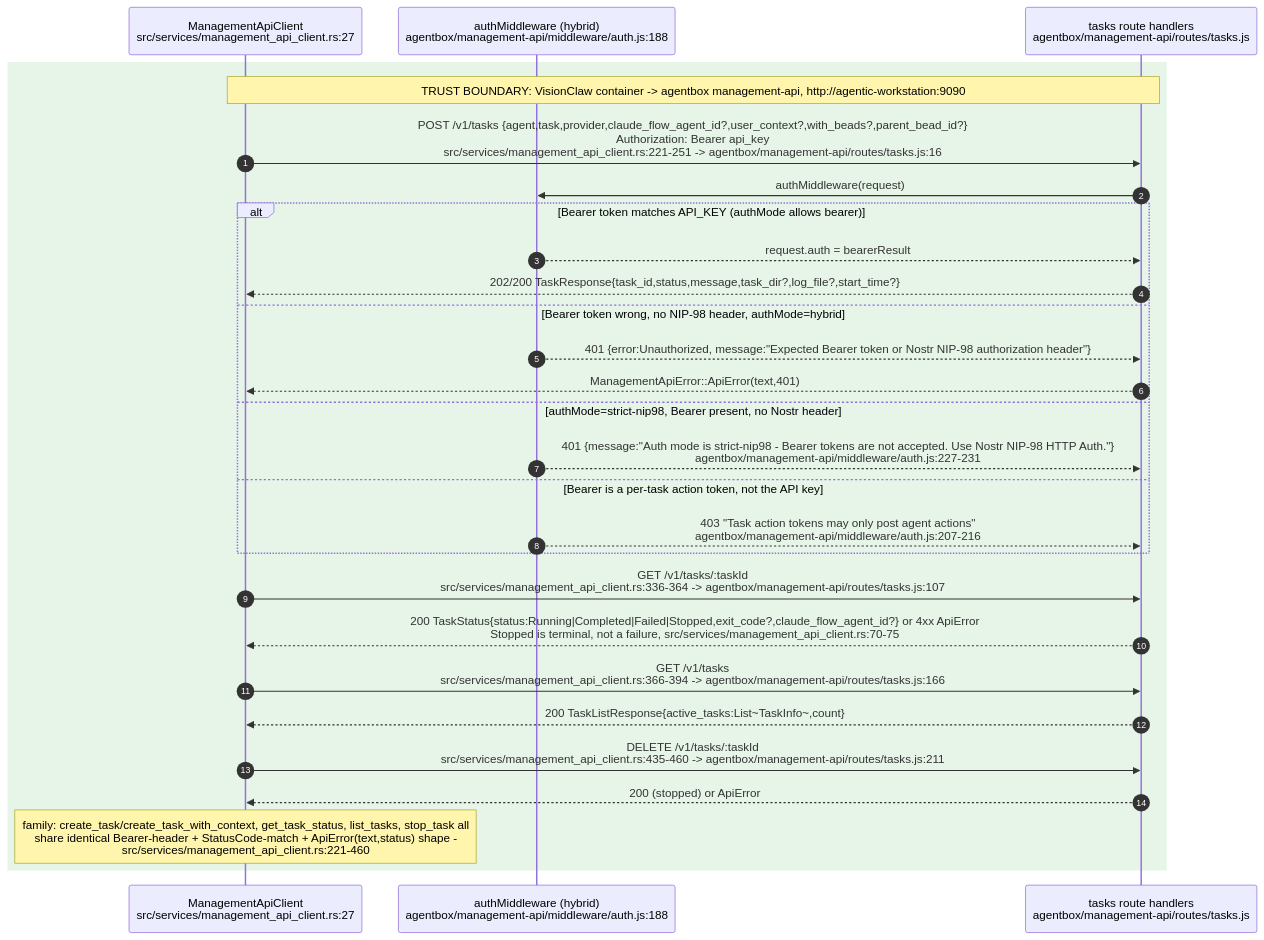
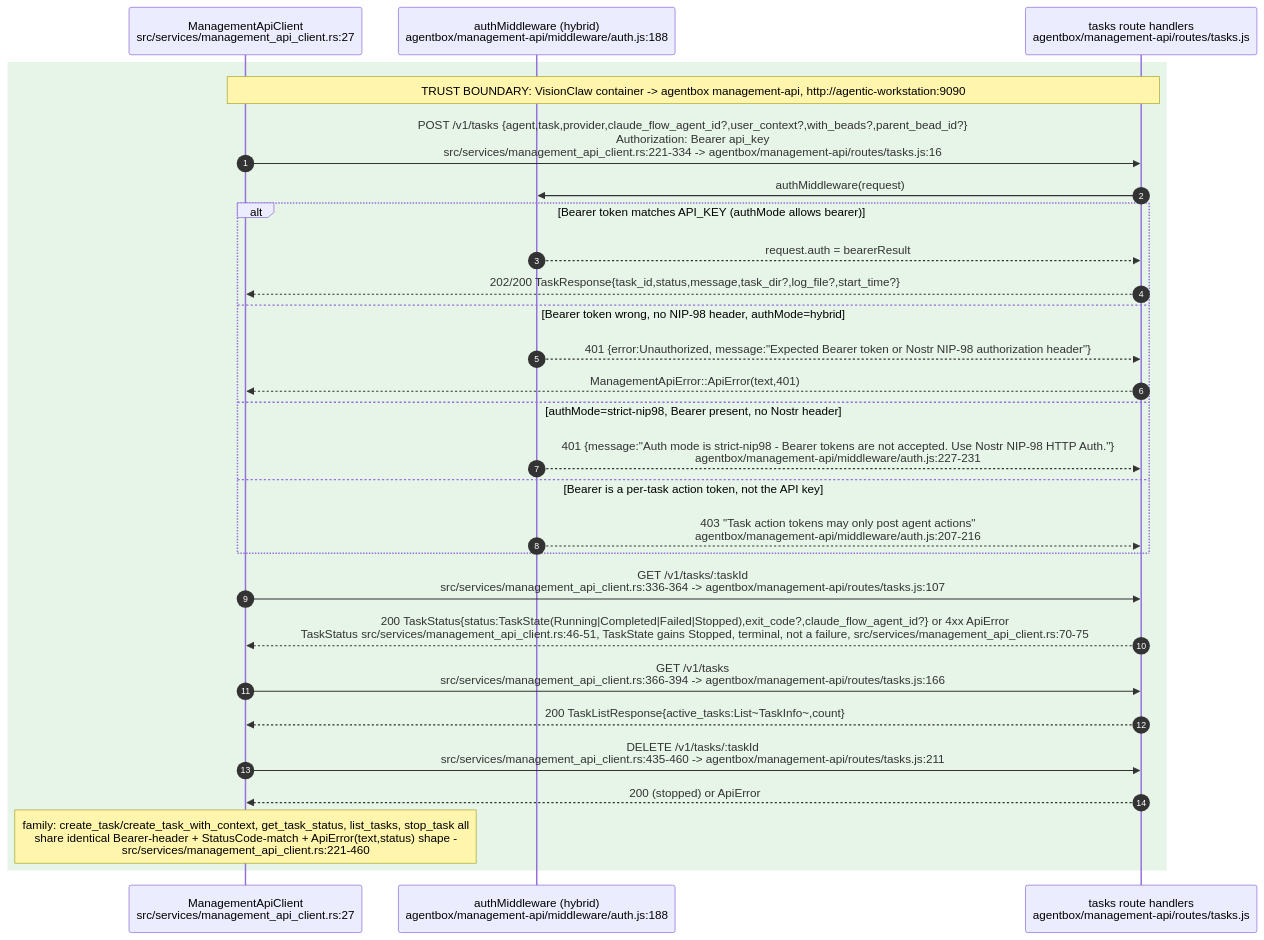
One commit to DreamLab-AI/VisionFlow changed the tenth of 12 diagrams in docs/diagrams/estate/02-agent-events-agentbox-to-visionclaw.md. Above: the diagram before and after it, drawn with Mermaid. The commit also changed 1 other file, not shown here.

Commit message:
diagrams(estate): fix three skeptic findings in ES-02 and ES-05
- ES-05: check_rationale cite governance.rs:765 (RationaleError attribute) -> :813 (the fn)
- ES-02.10: POST /v1/tasks range 221-251 -> 221-334 so it covers create_task_with_context and the POST url (:265)
- ES-02.10: TaskStatus.status is a TaskState; cite the struct (:46-51) and the enum (:70-75) separately

````diff
--- a/docs/diagrams/estate/02-agent-events-agentbox-to-visionclaw.md
+++ b/docs/diagrams/estate/02-agent-events-agentbox-to-visionclaw.md
@@ -479,31 +479,31 @@
 ```mermaid
 sequenceDiagram
     autonumber
     participant VC as ManagementApiClient<br/>src/services/management_api_client.rs:27
     participant AUTH as authMiddleware (hybrid)<br/>agentbox/management-api/middleware/auth.js:188
     participant TASKS as tasks route handlers<br/>agentbox/management-api/routes/tasks.js
 
     rect rgb(230,245,232)
     Note over VC,TASKS: TRUST BOUNDARY: VisionClaw container -> agentbox management-api, http://agentic-workstation:9090
-    VC->>TASKS: POST /v1/tasks {agent,task,provider,claude_flow_agent_id?,user_context?,with_beads?,parent_bead_id?}<br/>Authorization: Bearer api_key<br/>src/services/management_api_client.rs:221-251 -> agentbox/management-api/routes/tasks.js:16
+    VC->>TASKS: POST /v1/tasks {agent,task,provider,claude_flow_agent_id?,user_context?,with_beads?,parent_bead_id?}<br/>Authorization: Bearer api_key<br/>src/services/management_api_client.rs:221-334 -> agentbox/management-api/routes/tasks.js:16
     TASKS->>AUTH: authMiddleware(request)
     alt Bearer token matches API_KEY (authMode allows bearer)
         AUTH-->>TASKS: request.auth = bearerResult
         TASKS-->>VC: 202/200 TaskResponse{task_id,status,message,task_dir?,log_file?,start_time?}
     else Bearer token wrong, no NIP-98 header, authMode=hybrid
         AUTH-->>TASKS: 401 {error:Unauthorized, message:"Expected Bearer token or Nostr NIP-98 authorization header"}
         TASKS-->>VC: ManagementApiError::ApiError(text,401)
     else authMode=strict-nip98, Bearer present, no Nostr header
         AUTH-->>TASKS: 401 {message:"Auth mode is strict-nip98 - Bearer tokens are not accepted. Use Nostr NIP-98 HTTP Auth."}<br/>agentbox/management-api/middleware/auth.js:227-231
     else Bearer is a per-task action token, not the API key
         AUTH-->>TASKS: 403 "Task action tokens may only post agent actions"<br/>agentbox/management-api/middleware/auth.js:207-216
     end
     VC->>TASKS: GET /v1/tasks/:taskId<br/>src/services/management_api_client.rs:336-364 -> agentbox/management-api/routes/tasks.js:107
-    TASKS-->>VC: 200 TaskStatus{status:Running|Completed|Failed|Stopped,exit_code?,claude_flow_agent_id?} or 4xx ApiError<br/>Stopped is terminal, not a failure, src/services/management_api_client.rs:70-75
+    TASKS-->>VC: 200 TaskStatus{status:TaskState(Running|Completed|Failed|Stopped),exit_code?,claude_flow_agent_id?} or 4xx ApiError<br/>TaskStatus src/services/management_api_client.rs:46-51, TaskState gains Stopped, terminal, not a failure, src/services/management_api_client.rs:70-75
     VC->>TASKS: GET /v1/tasks<br/>src/services/management_api_client.rs:366-394 -> agentbox/management-api/routes/tasks.js:166
     TASKS-->>VC: 200 TaskListResponse{active_tasks:List~TaskInfo~,count}
     VC->>TASKS: DELETE /v1/tasks/:taskId<br/>src/services/management_api_client.rs:435-460 -> agentbox/management-api/routes/tasks.js:211
     TASKS-->>VC: 200 (stopped) or ApiError
     Note over VC: family: create_task/create_task_with_context, get_task_status, list_tasks, stop_task all<br/>share identical Bearer-header + StatusCode-match + ApiError(text,status) shape -<br/>src/services/management_api_client.rs:221-460
     end
 ```
````
